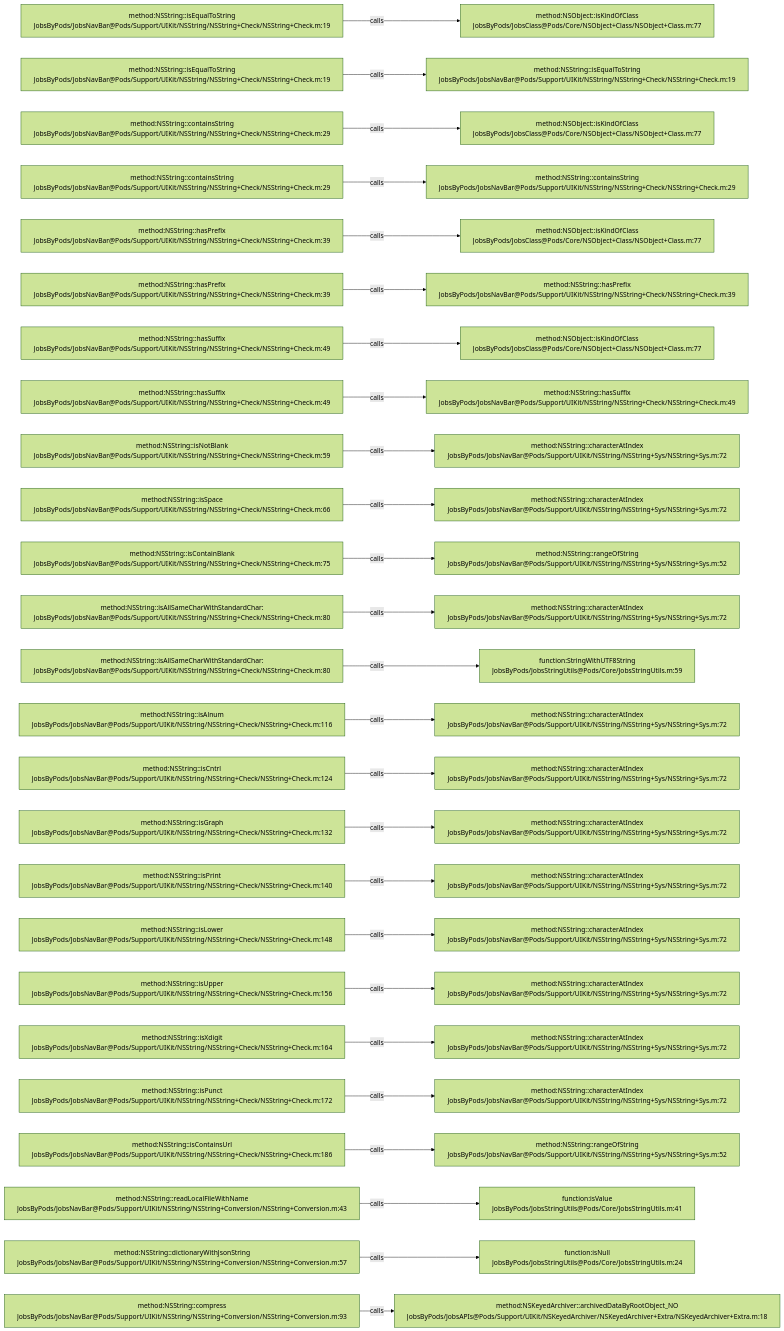
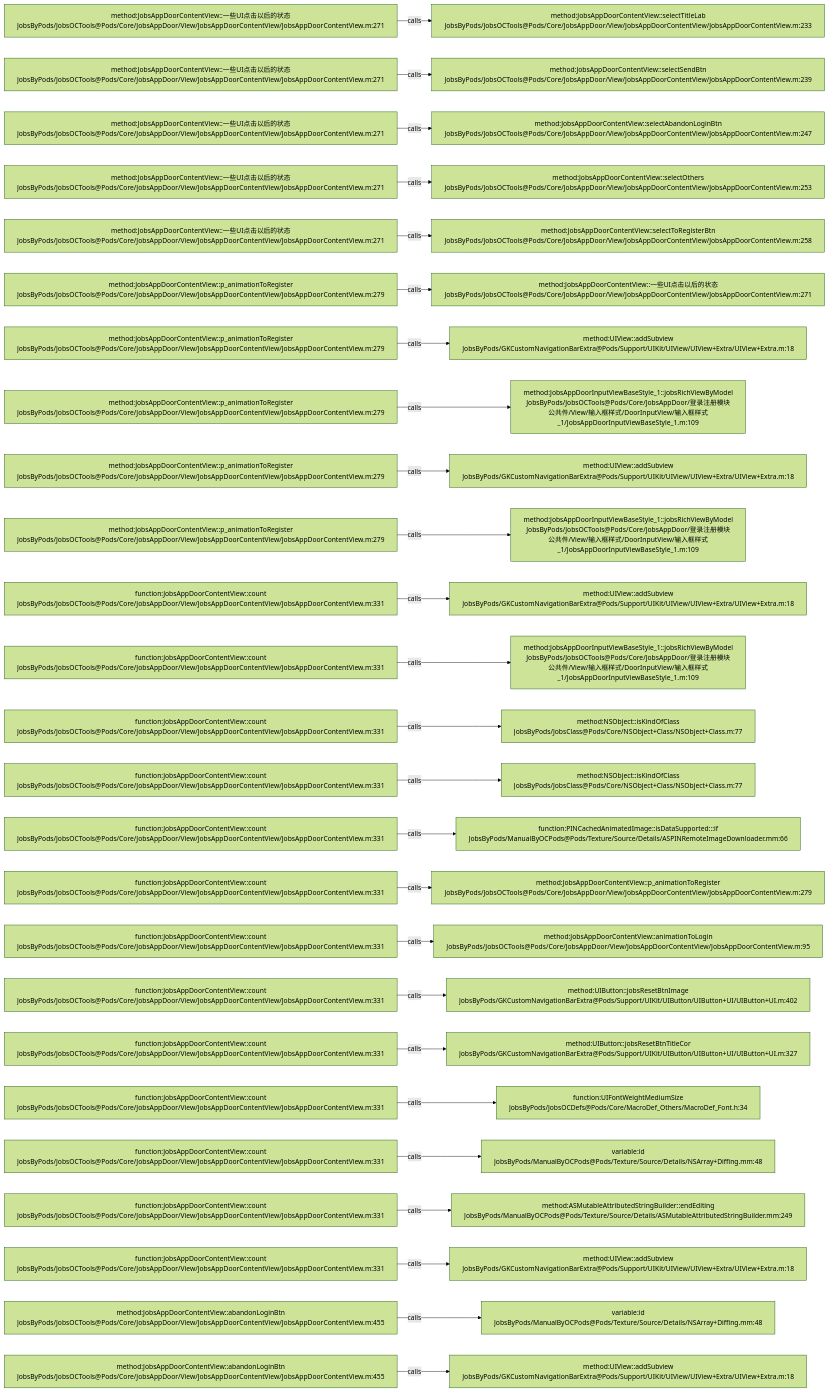
Before and after one commit to JobsKits/JobsOCBaseConfigDemo: the diagram in .codegraph/codegraph.md/graphs/calls-149.md, drawn with Mermaid (forest theme). The commit also changed 1026 other files, not shown here.

````diff
--- a/.codegraph/codegraph.md/graphs/calls-149.md
+++ b/.codegraph/codegraph.md/graphs/calls-149.md
@@ -13,78 +13,78 @@
 ```mermaid
 flowchart LR
-  S1["method:NSString::isEqualToString<br/>JobsByPods/JobsNavBar@Pods/Support/UIKit/NSString/NSString+Check/NSString+Check.m:19"]
-  T1["method:NSObject::isKindOfClass<br/>JobsByPods/JobsClass@Pods/Core/NSObject+Class/NSObject+Class.m:77"]
+  S1["method:JobsAppDoorContentView::一些UI点击以后的状态<br/>JobsByPods/JobsOCTools@Pods/Core/JobsAppDoor/View/JobsAppDoorContentView/JobsAppDoorContentView.m:271"]
+  T1["method:JobsAppDoorContentView::selectTitleLab<br/>JobsByPods/JobsOCTools@Pods/Core/JobsAppDoor/View/JobsAppDoorContentView/JobsAppDoorContentView.m:233"]
   S1 -->|calls| T1
-  S2["method:NSString::isEqualToString<br/>JobsByPods/JobsNavBar@Pods/Support/UIKit/NSString/NSString+Check/NSString+Check.m:19"]
-  T2["method:NSString::isEqualToString<br/>JobsByPods/JobsNavBar@Pods/Support/UIKit/NSString/NSString+Check/NSString+Check.m:19"]
+  S2["method:JobsAppDoorContentView::一些UI点击以后的状态<br/>JobsByPods/JobsOCTools@Pods/Core/JobsAppDoor/View/JobsAppDoorContentView/JobsAppDoorContentView.m:271"]
+  T2["method:JobsAppDoorContentView::selectSendBtn<br/>JobsByPods/JobsOCTools@Pods/Core/JobsAppDoor/View/JobsAppDoorContentView/JobsAppDoorContentView.m:239"]
   S2 -->|calls| T2
-  S3["method:NSString::containsString<br/>JobsByPods/JobsNavBar@Pods/Support/UIKit/NSString/NSString+Check/NSString+Check.m:29"]
-  T3["method:NSObject::isKindOfClass<br/>JobsByPods/JobsClass@Pods/Core/NSObject+Class/NSObject+Class.m:77"]
+  S3["method:JobsAppDoorContentView::一些UI点击以后的状态<br/>JobsByPods/JobsOCTools@Pods/Core/JobsAppDoor/View/JobsAppDoorContentView/JobsAppDoorContentView.m:271"]
+  T3["method:JobsAppDoorContentView::selectAbandonLoginBtn<br/>JobsByPods/JobsOCTools@Pods/Core/JobsAppDoor/View/JobsAppDoorContentView/JobsAppDoorContentView.m:247"]
   S3 -->|calls| T3
-  S4["method:NSString::containsString<br/>JobsByPods/JobsNavBar@Pods/Support/UIKit/NSString/NSString+Check/NSString+Check.m:29"]
-  T4["method:NSString::containsString<br/>JobsByPods/JobsNavBar@Pods/Support/UIKit/NSString/NSString+Check/NSString+Check.m:29"]
+  S4["method:JobsAppDoorContentView::一些UI点击以后的状态<br/>JobsByPods/JobsOCTools@Pods/Core/JobsAppDoor/View/JobsAppDoorContentView/JobsAppDoorContentView.m:271"]
+  T4["method:JobsAppDoorContentView::selectOthers<br/>JobsByPods/JobsOCTools@Pods/Core/JobsAppDoor/View/JobsAppDoorContentView/JobsAppDoorContentView.m:253"]
   S4 -->|calls| T4
-  S5["method:NSString::hasPrefix<br/>JobsByPods/JobsNavBar@Pods/Support/UIKit/NSString/NSString+Check/NSString+Check.m:39"]
-  T5["method:NSObject::isKindOfClass<br/>JobsByPods/JobsClass@Pods/Core/NSObject+Class/NSObject+Class.m:77"]
+  S5["method:JobsAppDoorContentView::一些UI点击以后的状态<br/>JobsByPods/JobsOCTools@Pods/Core/JobsAppDoor/View/JobsAppDoorContentView/JobsAppDoorContentView.m:271"]
+  T5["method:JobsAppDoorContentView::selectToRegisterBtn<br/>JobsByPods/JobsOCTools@Pods/Core/JobsAppDoor/View/JobsAppDoorContentView/JobsAppDoorContentView.m:258"]
   S5 -->|calls| T5
-  S6["method:NSString::hasPrefix<br/>JobsByPods/JobsNavBar@Pods/Support/UIKit/NSString/NSString+Check/NSString+Check.m:39"]
-  T6["method:NSString::hasPrefix<br/>JobsByPods/JobsNavBar@Pods/Support/UIKit/NSString/NSString+Check/NSString+Check.m:39"]
+  S6["method:JobsAppDoorContentView::p_animationToRegister<br/>JobsByPods/JobsOCTools@Pods/Core/JobsAppDoor/View/JobsAppDoorContentView/JobsAppDoorContentView.m:279"]
+  T6["method:JobsAppDoorContentView::一些UI点击以后的状态<br/>JobsByPods/JobsOCTools@Pods/Core/JobsAppDoor/View/JobsAppDoorContentView/JobsAppDoorContentView.m:271"]
   S6 -->|calls| T6
-  S7["method:NSString::hasSuffix<br/>JobsByPods/JobsNavBar@Pods/Support/UIKit/NSString/NSString+Check/NSString+Check.m:49"]
-  T7["method:NSObject::isKindOfClass<br/>JobsByPods/JobsClass@Pods/Core/NSObject+Class/NSObject+Class.m:77"]
+  S7["method:JobsAppDoorContentView::p_animationToRegister<br/>JobsByPods/JobsOCTools@Pods/Core/JobsAppDoor/View/JobsAppDoorContentView/JobsAppDoorContentView.m:279"]
+  T7["method:UIView::addSubview<br/>JobsByPods/GKCustomNavigationBarExtra@Pods/Support/UIKit/UIView/UIView+Extra/UIView+Extra.m:18"]
   S7 -->|calls| T7
-  S8["method:NSString::hasSuffix<br/>JobsByPods/JobsNavBar@Pods/Support/UIKit/NSString/NSString+Check/NSString+Check.m:49"]
-  T8["method:NSString::hasSuffix<br/>JobsByPods/JobsNavBar@Pods/Support/UIKit/NSString/NSString+Check/NSString+Check.m:49"]
+  S8["method:JobsAppDoorContentView::p_animationToRegister<br/>JobsByPods/JobsOCTools@Pods/Core/JobsAppDoor/View/JobsAppDoorContentView/JobsAppDoorContentView.m:279"]
+  T8["method:JobsAppDoorInputViewBaseStyle_1::jobsRichViewByModel<br/>JobsByPods/JobsOCTools@Pods/Core/JobsAppDoor/登录注册模块公共件/View/输入框样式/DoorInputView/输入框样式_1/JobsAppDoorInputViewBaseStyle_1.m:109"]
   S8 -->|calls| T8
-  S9["method:NSString::isNotBlank<br/>JobsByPods/JobsNavBar@Pods/Support/UIKit/NSString/NSString+Check/NSString+Check.m:59"]
-  T9["method:NSString::characterAtIndex<br/>JobsByPods/JobsNavBar@Pods/Support/UIKit/NSString/NSString+Sys/NSString+Sys.m:72"]
+  S9["method:JobsAppDoorContentView::p_animationToRegister<br/>JobsByPods/JobsOCTools@Pods/Core/JobsAppDoor/View/JobsAppDoorContentView/JobsAppDoorContentView.m:279"]
+  T9["method:UIView::addSubview<br/>JobsByPods/GKCustomNavigationBarExtra@Pods/Support/UIKit/UIView/UIView+Extra/UIView+Extra.m:18"]
   S9 -->|calls| T9
-  S10["method:NSString::isSpace<br/>JobsByPods/JobsNavBar@Pods/Support/UIKit/NSString/NSString+Check/NSString+Check.m:66"]
-  T10["method:NSString::characterAtIndex<br/>JobsByPods/JobsNavBar@Pods/Support/UIKit/NSString/NSString+Sys/NSString+Sys.m:72"]
+  S10["method:JobsAppDoorContentView::p_animationToRegister<br/>JobsByPods/JobsOCTools@Pods/Core/JobsAppDoor/View/JobsAppDoorContentView/JobsAppDoorContentView.m:279"]
+  T10["method:JobsAppDoorInputViewBaseStyle_1::jobsRichViewByModel<br/>JobsByPods/JobsOCTools@Pods/Core/JobsAppDoor/登录注册模块公共件/View/输入框样式/DoorInputView/输入框样式_1/JobsAppDoorInputViewBaseStyle_1.m:109"]
   S10 -->|calls| T10
-  S11["method:NSString::isContainBlank<br/>JobsByPods/JobsNavBar@Pods/Support/UIKit/NSString/NSString+Check/NSString+Check.m:75"]
-  T11["method:NSString::rangeOfString<br/>JobsByPods/JobsNavBar@Pods/Support/UIKit/NSString/NSString+Sys/NSString+Sys.m:52"]
+  S11["function:JobsAppDoorContentView::count<br/>JobsByPods/JobsOCTools@Pods/Core/JobsAppDoor/View/JobsAppDoorContentView/JobsAppDoorContentView.m:331"]
+  T11["method:UIView::addSubview<br/>JobsByPods/GKCustomNavigationBarExtra@Pods/Support/UIKit/UIView/UIView+Extra/UIView+Extra.m:18"]
   S11 -->|calls| T11
-  S12["method:NSString::isAllSameCharWithStandardChar:<br/>JobsByPods/JobsNavBar@Pods/Support/UIKit/NSString/NSString+Check/NSString+Check.m:80"]
-  T12["method:NSString::characterAtIndex<br/>JobsByPods/JobsNavBar@Pods/Support/UIKit/NSString/NSString+Sys/NSString+Sys.m:72"]
+  S12["function:JobsAppDoorContentView::count<br/>JobsByPods/JobsOCTools@Pods/Core/JobsAppDoor/View/JobsAppDoorContentView/JobsAppDoorContentView.m:331"]
+  T12["method:JobsAppDoorInputViewBaseStyle_1::jobsRichViewByModel<br/>JobsByPods/JobsOCTools@Pods/Core/JobsAppDoor/登录注册模块公共件/View/输入框样式/DoorInputView/输入框样式_1/JobsAppDoorInputViewBaseStyle_1.m:109"]
   S12 -->|calls| T12
-  S13["method:NSString::isAllSameCharWithStandardChar:<br/>JobsByPods/JobsNavBar@Pods/Support/UIKit/NSString/NSString+Check/NSString+Check.m:80"]
-  T13["function:StringWithUTF8String<br/>JobsByPods/JobsStringUtils@Pods/Core/JobsStringUtils.m:59"]
+  S13["function:JobsAppDoorContentView::count<br/>JobsByPods/JobsOCTools@Pods/Core/JobsAppDoor/View/JobsAppDoorContentView/JobsAppDoorContentView.m:331"]
+  T13["method:NSObject::isKindOfClass<br/>JobsByPods/JobsClass@Pods/Core/NSObject+Class/NSObject+Class.m:77"]
   S13 -->|calls| T13
-  S14["method:NSString::isAlnum<br/>JobsByPods/JobsNavBar@Pods/Support/UIKit/NSString/NSString+Check/NSString+Check.m:116"]
-  T14["method:NSString::characterAtIndex<br/>JobsByPods/JobsNavBar@Pods/Support/UIKit/NSString/NSString+Sys/NSString+Sys.m:72"]
+  S14["function:JobsAppDoorContentView::count<br/>JobsByPods/JobsOCTools@Pods/Core/JobsAppDoor/View/JobsAppDoorContentView/JobsAppDoorContentView.m:331"]
+  T14["method:NSObject::isKindOfClass<br/>JobsByPods/JobsClass@Pods/Core/NSObject+Class/NSObject+Class.m:77"]
   S14 -->|calls| T14
-  S15["method:NSString::isCntrl<br/>JobsByPods/JobsNavBar@Pods/Support/UIKit/NSString/NSString+Check/NSString+Check.m:124"]
-  T15["method:NSString::characterAtIndex<br/>JobsByPods/JobsNavBar@Pods/Support/UIKit/NSString/NSString+Sys/NSString+Sys.m:72"]
+  S15["function:JobsAppDoorContentView::count<br/>JobsByPods/JobsOCTools@Pods/Core/JobsAppDoor/View/JobsAppDoorContentView/JobsAppDoorContentView.m:331"]
+  T15["function:PINCachedAnimatedImage::isDataSupported:::if<br/>JobsByPods/ManualByOCPods@Pods/Texture/Source/Details/ASPINRemoteImageDownloader.mm:66"]
   S15 -->|calls| T15
-  S16["method:NSString::isGraph<br/>JobsByPods/JobsNavBar@Pods/Support/UIKit/NSString/NSString+Check/NSString+Check.m:132"]
-  T16["method:NSString::characterAtIndex<br/>JobsByPods/JobsNavBar@Pods/Support/UIKit/NSString/NSString+Sys/NSString+Sys.m:72"]
+  S16["function:JobsAppDoorContentView::count<br/>JobsByPods/JobsOCTools@Pods/Core/JobsAppDoor/View/JobsAppDoorContentView/JobsAppDoorContentView.m:331"]
+  T16["method:JobsAppDoorContentView::p_animationToRegister<br/>JobsByPods/JobsOCTools@Pods/Core/JobsAppDoor/View/JobsAppDoorContentView/JobsAppDoorContentView.m:279"]
   S16 -->|calls| T16
-  S17["method:NSString::isPrint<br/>JobsByPods/JobsNavBar@Pods/Support/UIKit/NSString/NSString+Check/NSString+Check.m:140"]
-  T17["method:NSString::characterAtIndex<br/>JobsByPods/JobsNavBar@Pods/Support/UIKit/NSString/NSString+Sys/NSString+Sys.m:72"]
+  S17["function:JobsAppDoorContentView::count<br/>JobsByPods/JobsOCTools@Pods/Core/JobsAppDoor/View/JobsAppDoorContentView/JobsAppDoorContentView.m:331"]
+  T17["method:JobsAppDoorContentView::animationToLogin<br/>JobsByPods/JobsOCTools@Pods/Core/JobsAppDoor/View/JobsAppDoorContentView/JobsAppDoorContentView.m:95"]
   S17 -->|calls| T17
-  S18["method:NSString::isLower<br/>JobsByPods/JobsNavBar@Pods/Support/UIKit/NSString/NSString+Check/NSString+Check.m:148"]
-  T18["method:NSString::characterAtIndex<br/>JobsByPods/JobsNavBar@Pods/Support/UIKit/NSString/NSString+Sys/NSString+Sys.m:72"]
+  S18["function:JobsAppDoorContentView::count<br/>JobsByPods/JobsOCTools@Pods/Core/JobsAppDoor/View/JobsAppDoorContentView/JobsAppDoorContentView.m:331"]
+  T18["method:UIButton::jobsResetBtnImage<br/>JobsByPods/GKCustomNavigationBarExtra@Pods/Support/UIKit/UIButton/UIButton+UI/UIButton+UI.m:402"]
   S18 -->|calls| T18
-  S19["method:NSString::isUpper<br/>JobsByPods/JobsNavBar@Pods/Support/UIKit/NSString/NSString+Check/NSString+Check.m:156"]
-  T19["method:NSString::characterAtIndex<br/>JobsByPods/JobsNavBar@Pods/Support/UIKit/NSString/NSString+Sys/NSString+Sys.m:72"]
+  S19["function:JobsAppDoorContentView::count<br/>JobsByPods/JobsOCTools@Pods/Core/JobsAppDoor/View/JobsAppDoorContentView/JobsAppDoorContentView.m:331"]
+  T19["method:UIButton::jobsResetBtnTitleCor<br/>JobsByPods/GKCustomNavigationBarExtra@Pods/Support/UIKit/UIButton/UIButton+UI/UIButton+UI.m:327"]
   S19 -->|calls| T19
-  S20["method:NSString::isXdigit<br/>JobsByPods/JobsNavBar@Pods/Support/UIKit/NSString/NSString+Check/NSString+Check.m:164"]
-  T20["method:NSString::characterAtIndex<br/>JobsByPods/JobsNavBar@Pods/Support/UIKit/NSString/NSString+Sys/NSString+Sys.m:72"]
+  S20["function:JobsAppDoorContentView::count<br/>JobsByPods/JobsOCTools@Pods/Core/JobsAppDoor/View/JobsAppDoorContentView/JobsAppDoorContentView.m:331"]
+  T20["function:UIFontWeightMediumSize<br/>JobsByPods/JobsOCDefs@Pods/Core/MacroDef_Others/MacroDef_Font.h:34"]
   S20 -->|calls| T20
-  S21["method:NSString::isPunct<br/>JobsByPods/JobsNavBar@Pods/Support/UIKit/NSString/NSString+Check/NSString+Check.m:172"]
-  T21["method:NSString::characterAtIndex<br/>JobsByPods/JobsNavBar@Pods/Support/UIKit/NSString/NSString+Sys/NSString+Sys.m:72"]
+  S21["function:JobsAppDoorContentView::count<br/>JobsByPods/JobsOCTools@Pods/Core/JobsAppDoor/View/JobsAppDoorContentView/JobsAppDoorContentView.m:331"]
+  T21["variable:id<br/>JobsByPods/ManualByOCPods@Pods/Texture/Source/Details/NSArray+Diffing.mm:48"]
   S21 -->|calls| T21
-  S22["method:NSString::isContainsUrl<br/>JobsByPods/JobsNavBar@Pods/Support/UIKit/NSString/NSString+Check/NSString+Check.m:186"]
-  T22["method:NSString::rangeOfString<br/>JobsByPods/JobsNavBar@Pods/Support/UIKit/NSString/NSString+Sys/NSString+Sys.m:52"]
+  S22["function:JobsAppDoorContentView::count<br/>JobsByPods/JobsOCTools@Pods/Core/JobsAppDoor/View/JobsAppDoorContentView/JobsAppDoorContentView.m:331"]
+  T22["method:ASMutableAttributedStringBuilder::endEditing<br/>JobsByPods/ManualByOCPods@Pods/Texture/Source/Details/ASMutableAttributedStringBuilder.mm:249"]
   S22 -->|calls| T22
-  S23["method:NSString::readLocalFileWithName<br/>JobsByPods/JobsNavBar@Pods/Support/UIKit/NSString/NSString+Conversion/NSString+Conversion.m:43"]
-  T23["function:isValue<br/>JobsByPods/JobsStringUtils@Pods/Core/JobsStringUtils.m:41"]
+  S23["function:JobsAppDoorContentView::count<br/>JobsByPods/JobsOCTools@Pods/Core/JobsAppDoor/View/JobsAppDoorContentView/JobsAppDoorContentView.m:331"]
+  T23["method:UIView::addSubview<br/>JobsByPods/GKCustomNavigationBarExtra@Pods/Support/UIKit/UIView/UIView+Extra/UIView+Extra.m:18"]
   S23 -->|calls| T23
-  S24["method:NSString::dictionaryWithJsonString<br/>JobsByPods/JobsNavBar@Pods/Support/UIKit/NSString/NSString+Conversion/NSString+Conversion.m:57"]
-  T24["function:isNull<br/>JobsByPods/JobsStringUtils@Pods/Core/JobsStringUtils.m:24"]
+  S24["method:JobsAppDoorContentView::abandonLoginBtn<br/>JobsByPods/JobsOCTools@Pods/Core/JobsAppDoor/View/JobsAppDoorContentView/JobsAppDoorContentView.m:455"]
+  T24["variable:id<br/>JobsByPods/ManualByOCPods@Pods/Texture/Source/Details/NSArray+Diffing.mm:48"]
   S24 -->|calls| T24
-  S25["method:NSString::compress<br/>JobsByPods/JobsNavBar@Pods/Support/UIKit/NSString/NSString+Conversion/NSString+Conversion.m:93"]
-  T25["method:NSKeyedArchiver::archivedDataByRootObject_NO<br/>JobsByPods/JobsAPIs@Pods/Support/UIKit/NSKeyedArchiver/NSKeyedArchiver+Extra/NSKeyedArchiver+Extra.m:18"]
+  S25["method:JobsAppDoorContentView::abandonLoginBtn<br/>JobsByPods/JobsOCTools@Pods/Core/JobsAppDoor/View/JobsAppDoorContentView/JobsAppDoorContentView.m:455"]
+  T25["method:UIView::addSubview<br/>JobsByPods/GKCustomNavigationBarExtra@Pods/Support/UIKit/UIView/UIView+Extra/UIView+Extra.m:18"]
   S25 -->|calls| T25
 ```
````
